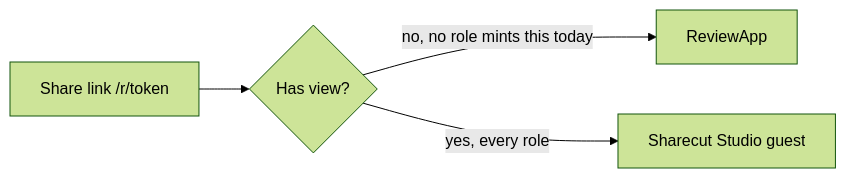
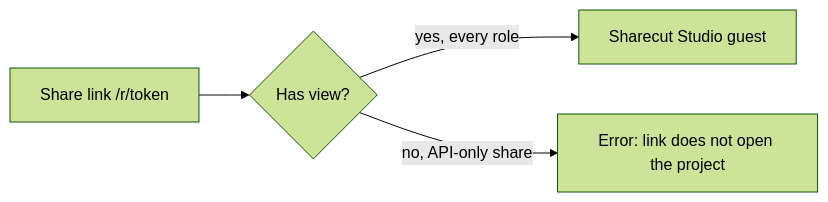
The third of 3 diagrams in ux/pages/screen-inventory.md (calebn/sharecut-studio), drawn with Mermaid (forest theme) before and after one commit. The commit also changed other lines of this file and 33 other files, not shown here.

First line of the commit message:
refactor(gui): delete ReviewApp, the listen page no review role opens

````diff
--- a/ux/pages/screen-inventory.md
+++ b/ux/pages/screen-inventory.md
@@ -352,6 +352,6 @@
 ```mermaid
 flowchart LR
   shareLink["Share link /r/token"] --> hasView{Has view?}
-  hasView -->|no, no role mints this today| reviewApp[ReviewApp]
   hasView -->|yes, every role| dawGuest[Sharecut Studio guest]
+  hasView -->|no, API-only share| noPage[Error: link does not open the project]
 ```
````
